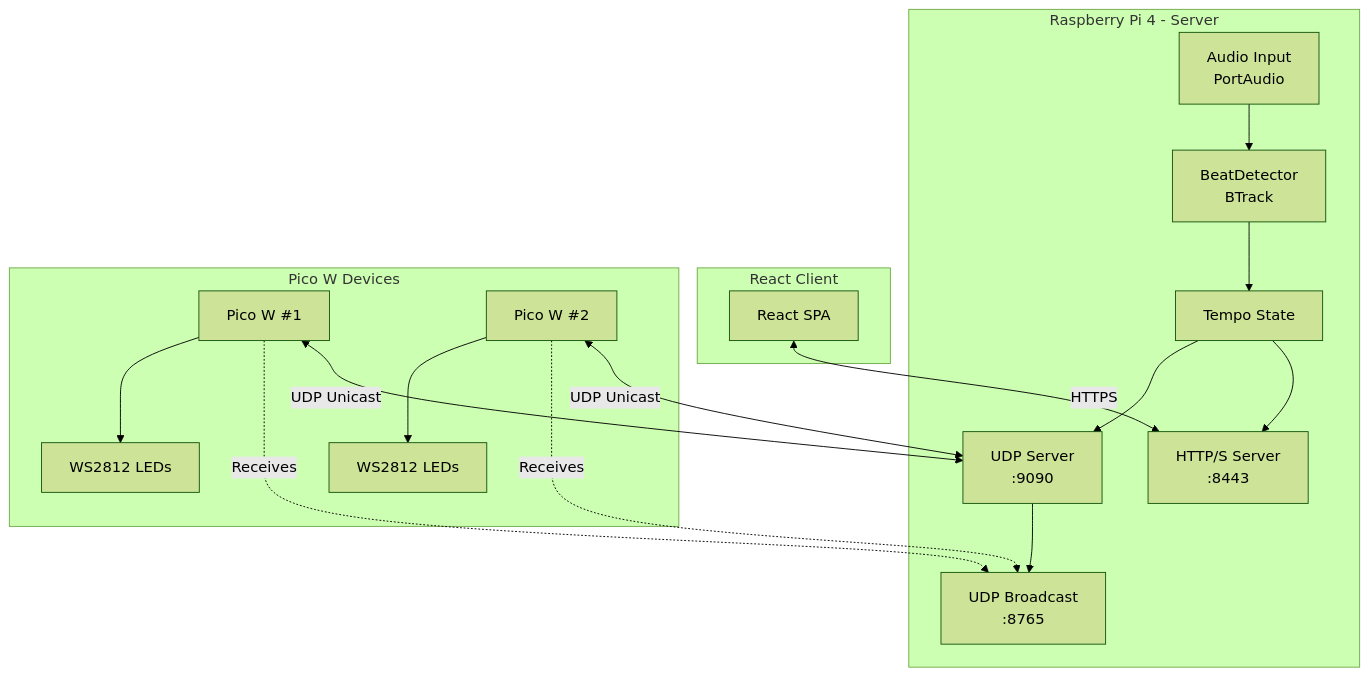
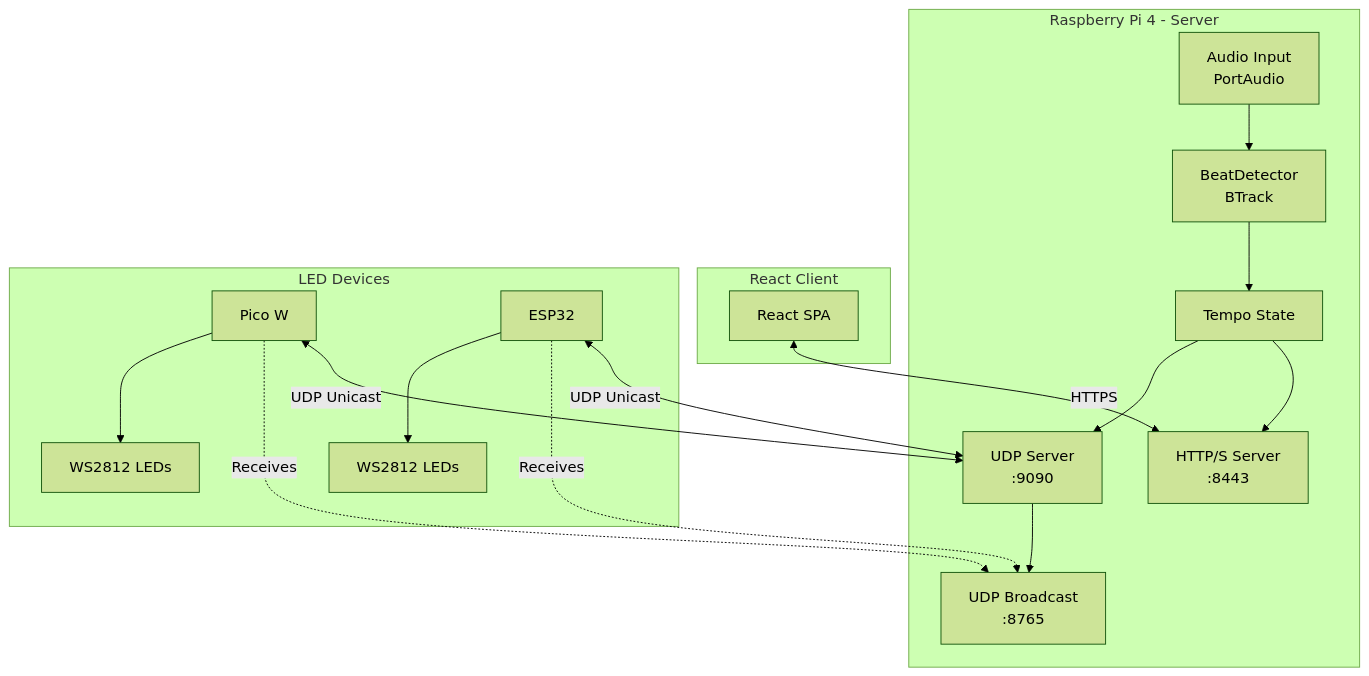
One commit to oost/beatled changed the first of 4 diagrams in docs/architecture.markdown. Above: the diagram before and after it, drawn with Mermaid (forest theme). The commit also changed other lines of this file and 2 other files, not shown here.

First line of the commit message:
Update docs with ESP32 port and multi-platform HAL documentation

````diff
--- a/docs/architecture.markdown
+++ b/docs/architecture.markdown
@@ -13,23 +13,23 @@
 ```mermaid
 graph TB
     subgraph Server["Raspberry Pi 4 - Server"]
         AI[Audio Input<br/>PortAudio] --> BD[BeatDetector<br/>BTrack]
         BD --> TS[Tempo State]
         TS --> HTTP[HTTP/S Server<br/>:8443]
         TS --> UDP_S[UDP Server<br/>:9090]
         UDP_S --> BC[UDP Broadcast<br/>:8765]
     end
 
     subgraph Client["React Client"]
         UI[React SPA] <-->|HTTPS| HTTP
     end
 
-    subgraph Pico["Pico W Devices"]
-        P1[Pico W #1] <-->|UDP Unicast| UDP_S
+    subgraph Devices["LED Devices"]
+        P1[Pico W] <-->|UDP Unicast| UDP_S
         P1 -.->|Receives| BC
-        P2[Pico W #2] <-->|UDP Unicast| UDP_S
+        P2[ESP32] <-->|UDP Unicast| UDP_S
         P2 -.->|Receives| BC
         P1 --> LED1[WS2812 LEDs]
         P2 --> LED2[WS2812 LEDs]
     end
 ```
````
